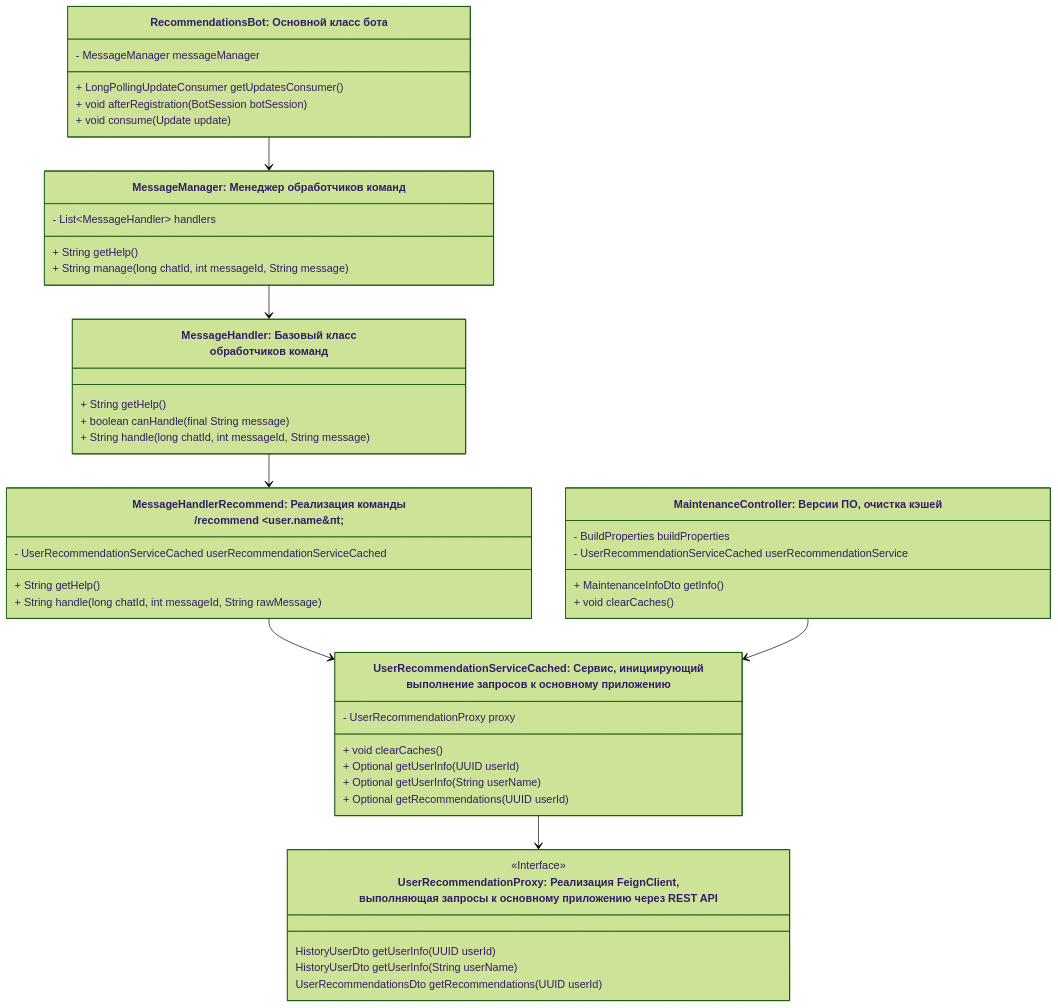
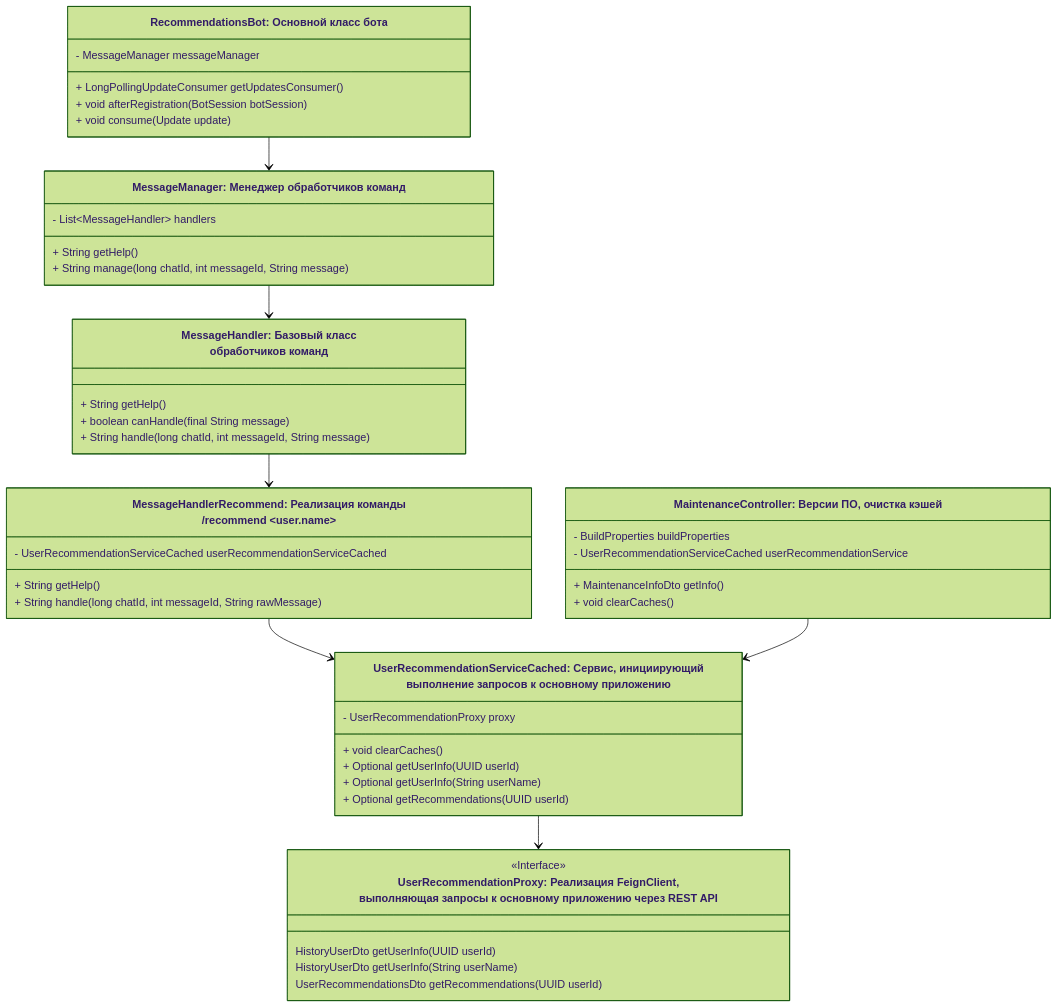
The diagram in tk-recommendations-bot/tk-recommendations-bot-classes-main.mmd (taker1974/tk-recommendations-app), drawn with Mermaid before and after one commit.

Commit message:
doc: минор в mmd

```diff
--- a/tk-recommendations-bot/tk-recommendations-bot-classes-main.mmd
+++ b/tk-recommendations-bot/tk-recommendations-bot-classes-main.mmd
@@ -1,92 +1,85 @@
 %% Диаграмма основных классов приложения tk-recommendations-bot\n в разрезе основного направления от Telegram-бота\n вниз по иерархии
 %%{init: {'theme': 'forest'}}%%
 
 classDiagram
 
 %% ======= Уровень бота =======
 
-class RecommendationsBot {
+class RecommendationsBot ["RecommendationsBot: Основной класс бота"] {
   - MessageManager messageManager
 
   + LongPollingUpdateConsumer getUpdatesConsumer()
   + void afterRegistration(BotSession botSession)
 
   + void consume(Update update)
 }
-class RecommendationsBot["RecommendationsBot: Основной класс бота"]
 
-class MessageManager {
+class MessageManager ["MessageManager: Менеджер обработчиков команд"] {
 
   - List&lt;MessageHandler&gt; handlers
 
   + String getHelp()
   + String manage(long chatId, int messageId, String message)
 }
-class MessageManager["MessageManager: Менеджер обработчиков команд"]
 
-class MessageHandler {
+class MessageHandler ["MessageHandler: Базовый класс<br> обработчиков команд"] {
 
   + String getHelp()
   + boolean canHandle(final String message)
 
   + String handle(long chatId, int messageId, String message)
 }
-class MessageHandler ["MessageHandler: Базовый класс<br> обработчиков команд"]
 
-class MessageHandlerRecommend {
+class MessageHandlerRecommend ["MessageHandlerRecommend: Реализация команды<br> /recommend &lt;user.name&gt;"] {
 
   - UserRecommendationServiceCached userRecommendationServiceCached
 
   + String getHelp()
   + String handle(long chatId, int messageId, String rawMessage)
 }
-class MessageHandlerRecommend ["MessageHandlerRecommend: Реализация команды<br> /recommend &lt;user.name&пt;"]
 
 %% ======= Уровень сервисов =======
 
-class UserRecommendationServiceCached {
+class UserRecommendationServiceCached ["UserRecommendationServiceCached: Сервис, инициирующий<br> выполнение запросов к основному приложению"] {
 
   - UserRecommendationProxy proxy
 
   + void clearCaches()
 
   + Optional<HistoryUserDto> getUserInfo(UUID userId)
   + Optional<HistoryUserDto> getUserInfo(String userName)
 
   + Optional<UserRecommendationsDto> getRecommendations(UUID userId)
 }
-class UserRecommendationServiceCached ["UserRecommendationServiceCached: Сервис, инициирующий<br> выполнение запросов к основному приложению"]
 
-class UserRecommendationProxy {
+class UserRecommendationProxy ["UserRecommendationProxy: Реализация FeignClient, <br>выполняющая запросы к основному приложению через REST API"] {
 
   <<Interface>>
 
     HistoryUserDto getUserInfo(UUID userId)
     HistoryUserDto getUserInfo(String userName)
 
     UserRecommendationsDto getRecommendations(UUID userId)
 }
-class UserRecommendationProxy ["UserRecommendationProxy: Реализация FeignClient, <br>выполняющая запросы к основному приложению через REST API"]
 
 %% ======= Вспомогательный уровень =======
 
 %% Обслуживание
-class MaintenanceController {
+class MaintenanceController ["MaintenanceController: Версии ПО, очистка кэшей"] {
 
     - BuildProperties buildProperties
     - UserRecommendationServiceCached userRecommendationService
 
     + MaintenanceInfoDto getInfo()
     + void clearCaches()
 }
-class MaintenanceController ["MaintenanceController: Версии ПО, очистка кэшей"]
 
 %% = = = = = = = Связи = = = = = = =
 
 RecommendationsBot --> MessageManager
 MessageManager --> MessageHandler
 MessageHandler --> MessageHandlerRecommend
 MessageHandlerRecommend --> UserRecommendationServiceCached
 UserRecommendationServiceCached --> UserRecommendationProxy
 
 MaintenanceController --> UserRecommendationServiceCached
```
